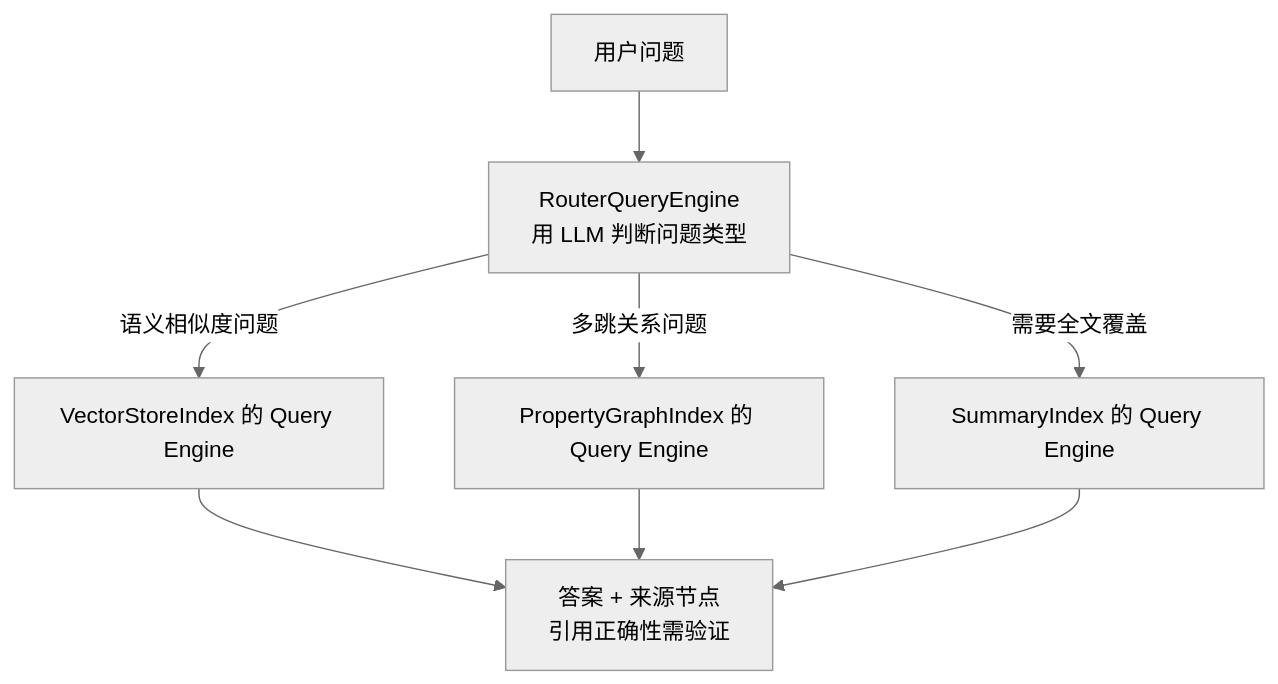
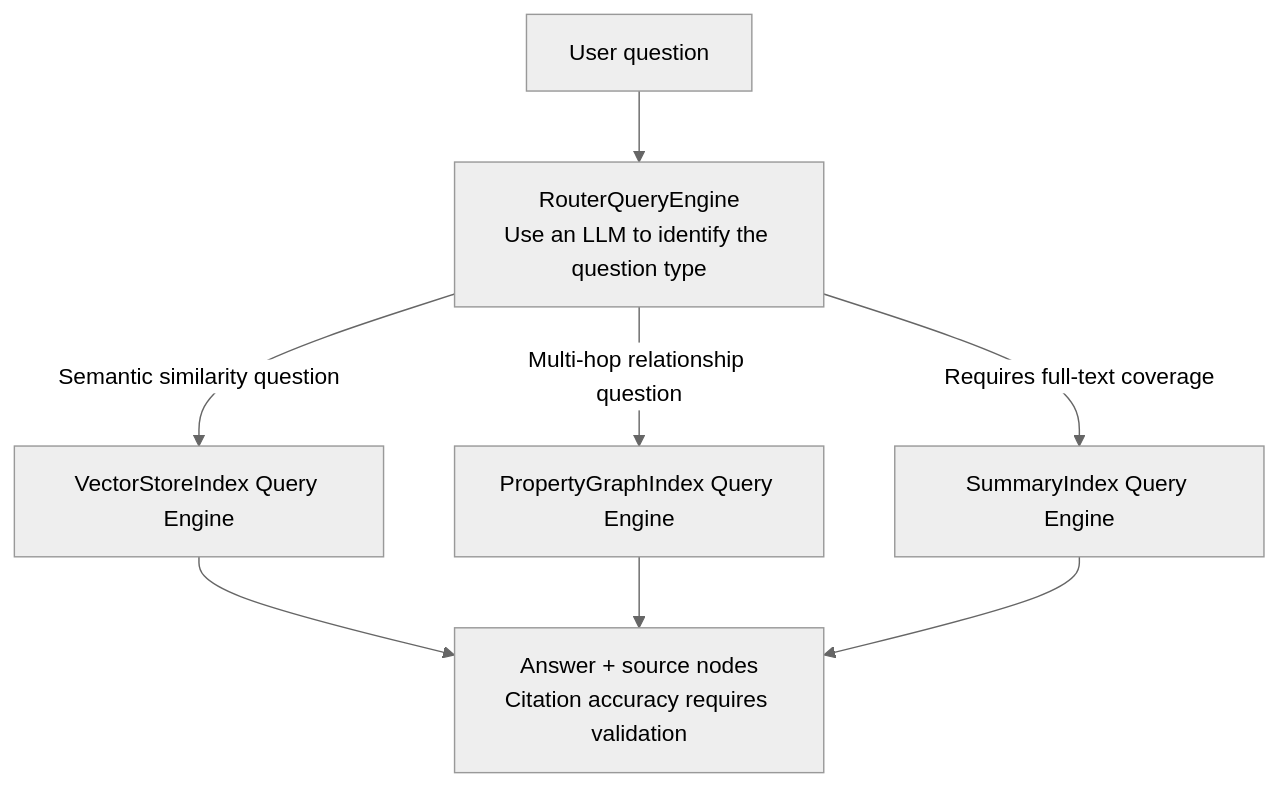
Before and after one commit to oneleaveknowsthefall/awesome-ai-roadmap: the first of 2 diagrams in docs/frameworks/02-llamaindex/15-query-engine-workflows.md, drawn with Mermaid (neutral theme). The commit also changed other lines of this file and 70 other files, not shown here.

````diff
--- a/docs/frameworks/02-llamaindex/15-query-engine-workflows.md
+++ b/docs/frameworks/02-llamaindex/15-query-engine-workflows.md
@@ -18,10 +18,10 @@
 ```mermaid
 flowchart TB
-    Q["用户问题"] --> R["RouterQueryEngine<br/>用 LLM 判断问题类型"]
-    R -->|"语义相似度问题"| V["VectorStoreIndex 的 Query Engine"]
-    R -->|"多跳关系问题"| P["PropertyGraphIndex 的 Query Engine"]
-    R -->|"需要全文覆盖"| S["SummaryIndex 的 Query Engine"]
-    V --> A["答案 + 来源节点<br/>引用正确性需验证"]
+    Q["User question"] --> R["RouterQueryEngine<br/>Use an LLM to identify the question type"]
+    R -->|"Semantic similarity question"| V["VectorStoreIndex Query Engine"]
+    R -->|"Multi-hop relationship question"| P["PropertyGraphIndex Query Engine"]
+    R -->|"Requires full-text coverage"| S["SummaryIndex Query Engine"]
+    V --> A["Answer + source nodes<br/>Citation accuracy requires validation"]
     P --> A
     S --> A
 ```
````
